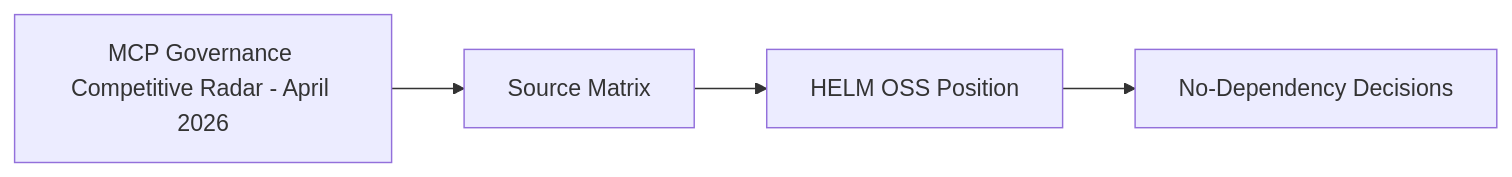
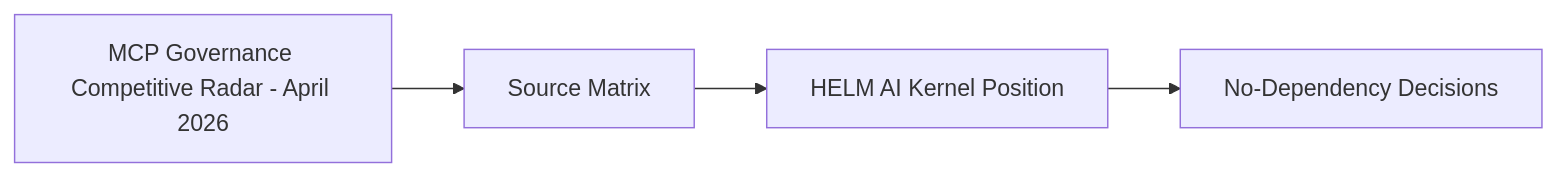
Before and after one commit to Mindburn-Labs/helm-ai-kernel: the diagram in docs/strategy/mcp-governance-competitive-radar-2026-04.md, drawn with Mermaid. The commit also changed other lines of this file and 966 other files, not shown here.

First line of the commit message:
chore: complete helm-ai-kernel rename (#138)

````diff
--- a/docs/strategy/mcp-governance-competitive-radar-2026-04.md
+++ b/docs/strategy/mcp-governance-competitive-radar-2026-04.md
@@ -38,10 +38,10 @@
 ```mermaid
 flowchart LR
   Page["MCP Governance Competitive Radar - April 2026"]
   A["Source Matrix"]
-  B["HELM OSS Position"]
+  B["HELM AI Kernel Position"]
   C["No-Dependency Decisions"]
   Page --> A
   A --> B
   B --> C
 ```
````
